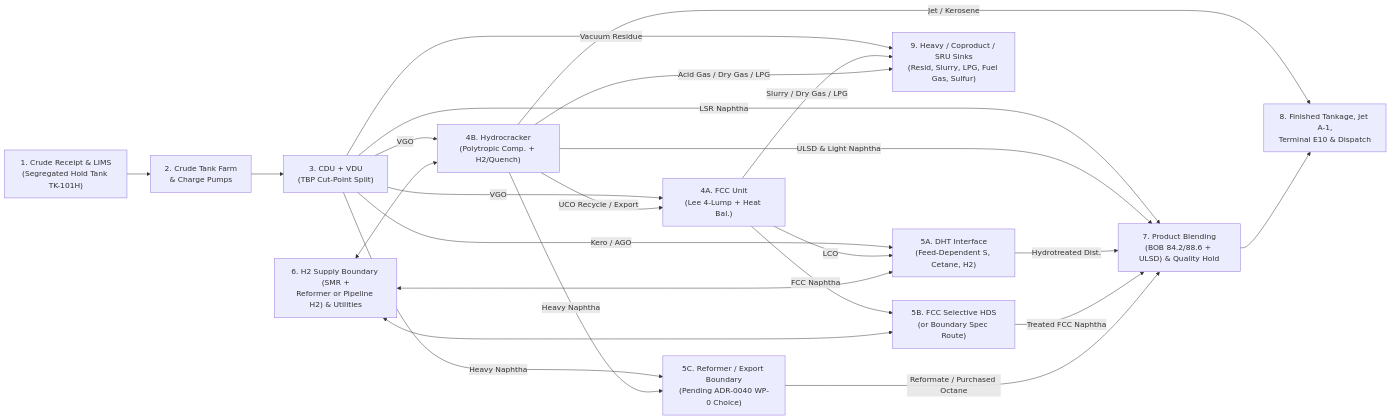
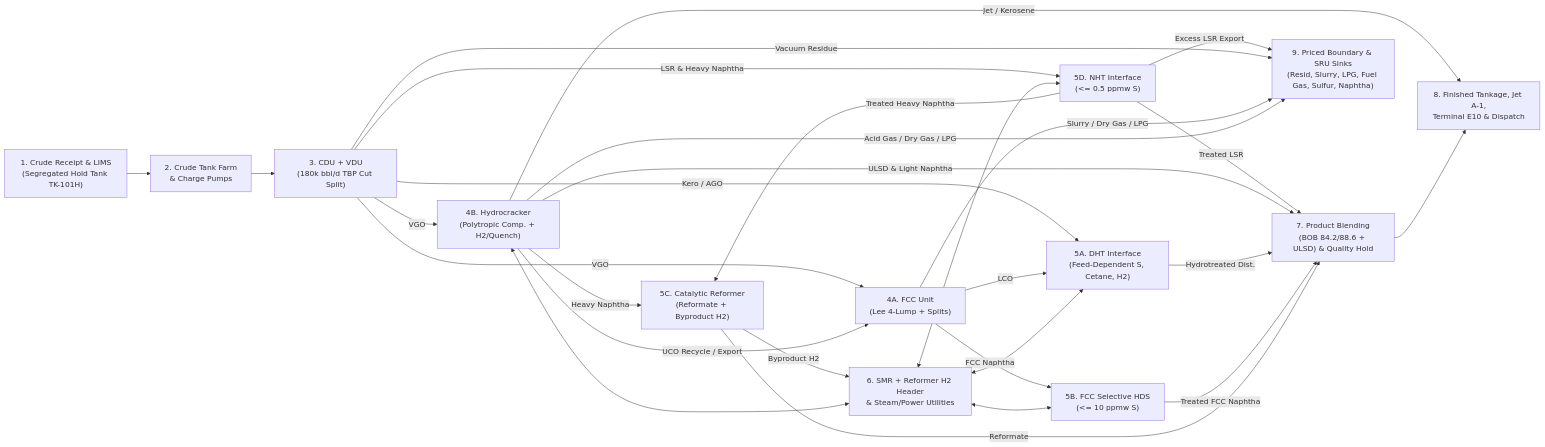
One commit to aadehamid/pearland-petroleum-corporation changed the diagram in docs/enterprise-architecture/independent-review/PPC-REVIEW-002_Governing_Refinery_Equations_and_Balances.md. Above: the diagram before and after it, drawn with Mermaid. The commit also changed other lines of this file and 37 other files, not shown here.

````diff
--- a/docs/enterprise-architecture/independent-review/PPC-REVIEW-002_Governing_Refinery_Equations_and_Balances.md
+++ b/docs/enterprise-architecture/independent-review/PPC-REVIEW-002_Governing_Refinery_Equations_and_Balances.md
@@ -29,26 +23,30 @@
 ```mermaid
 flowchart LR
     CR["1. Crude Receipt & LIMS\n(Segregated Hold Tank TK-101H)"] --> CT["2. Crude Tank Farm\n& Charge Pumps"]
-    CT --> CDU["3. CDU + VDU\n(TBP Cut-Point Split)"]
-    CDU -->|"VGO"| FCC["4A. FCC Unit\n(Lee 4-Lump + Heat Bal.)"]
+    CT --> CDU["3. CDU + VDU\n(180k bbl/d TBP Cut Split)"]
+    CDU -->|"VGO"| FCC["4A. FCC Unit\n(Lee 4-Lump + Splits)"]
     CDU -->|"VGO"| HCU["4B. Hydrocracker\n(Polytropic Comp. + H2/Quench)"]
     CDU -->|"Kero / AGO"| DHT["5A. DHT Interface\n(Feed-Dependent S, Cetane, H2)"]
-    CDU -->|"LSR Naphtha"| BL["7. Product Blending\n(BOB 84.2/88.6 + ULSD) & Quality Hold"]
-    CDU -->|"Heavy Naphtha"| REF["5C. Reformer / Export Boundary\n(Pending ADR-0040 WP-0 Choice)"]
-    CDU -->|"Vacuum Residue"| EX["9. Heavy / Coproduct / SRU Sinks\n(Resid, Slurry, LPG, Fuel Gas, Sulfur)"]
+    CDU -->|"LSR & Heavy Naphtha"| NHT["5D. NHT Interface\n(<= 0.5 ppmw S)"]
+    NHT -->|"Treated LSR"| BL["7. Product Blending\n(BOB 84.2/88.6 + ULSD) & Quality Hold"]
+    NHT -->|"Excess LSR Export"| EX["9. Priced Boundary & SRU Sinks\n(Resid, Slurry, LPG, Fuel Gas, Sulfur, Naphtha)"]
+    NHT -->|"Treated Heavy Naphtha"| REF["5C. Catalytic Reformer\n(Reformate + Byproduct H2)"]
+    CDU -->|"Vacuum Residue"| EX
     FCC -->|"LCO"| DHT
-    FCC -->|"FCC Naphtha"| FDS["5B. FCC Selective HDS\n(or Boundary Spec Route)"]
+    FCC -->|"FCC Naphtha"| FDS["5B. FCC Selective HDS\n(<= 10 ppmw S)"]
     FCC -->|"Slurry / Dry Gas / LPG"| EX
     HCU -->|"Heavy Naphtha"| REF
     HCU -->|"UCO Recycle / Export"| FCC
     HCU -->|"Acid Gas / Dry Gas / LPG"| EX
     HCU -->|"ULSD & Light Naphtha"| BL
     HCU -->|"Jet / Kerosene"| FT["8. Finished Tankage, Jet A-1,\nTerminal E10 & Dispatch"]
-    SMR["6. H2 Supply Boundary (SMR +\nReformer or Pipeline H2) & Utilities"] <--> HCU
+    SMR["6. SMR + Reformer H2 Header\n& Steam/Power Utilities"] <--> HCU
     SMR <--> DHT
+    SMR <--> NHT
     SMR <--> FDS
+    REF -->|"Byproduct H2"| SMR
     DHT -->|"Hydrotreated Dist."| BL
     FDS -->|"Treated FCC Naphtha"| BL
-    REF -->|"Reformate / Purchased Octane"| BL
+    REF -->|"Reformate"| BL
     BL --> FT
 ```
````
